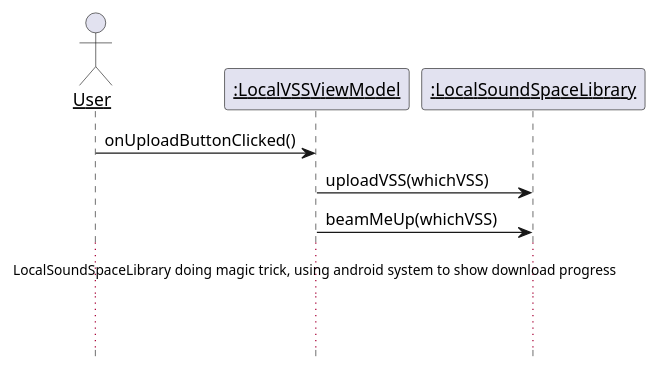
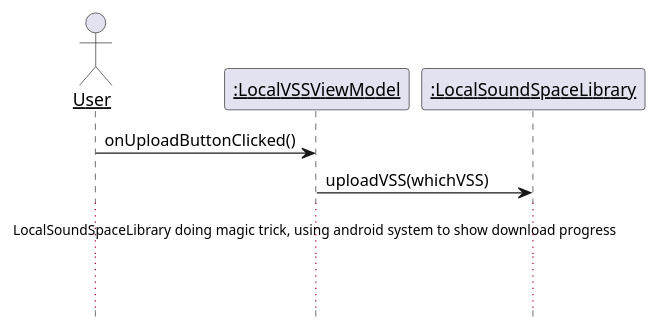
Diagram 19 of 33 in 设计/顺序图.md (kpp19920121/doc), drawn with PlantUML before and after one commit. The commit also changed other lines of this file and 6 other files, not shown here.

First line of the commit message:
【UI】Preview的UI图

````diff
--- a/设计/顺序图.md
+++ b/设计/顺序图.md
@@ -635,16 +639,15 @@
 ```PlantUML
 @startuml Diagrams/UploadVSS
 hide footbox
 skinparam sequenceParticipant underline
 
 actor User as user
 participant ":LocalVSSViewModel" as viewModel
 participant ":LocalSoundSpaceLibrary" as library
 
 user -> viewModel: onUploadButtonClicked()
 viewModel -> library: uploadVSS(whichVSS)
-viewModel -> library: beamMeUp(whichVSS)
 ...LocalSoundSpaceLibrary doing magic trick, using android system to show download progress...
 ...There are no other ways to show that a local sound space is finished uploading other than android system notices...
 @enduml
 ```
````
